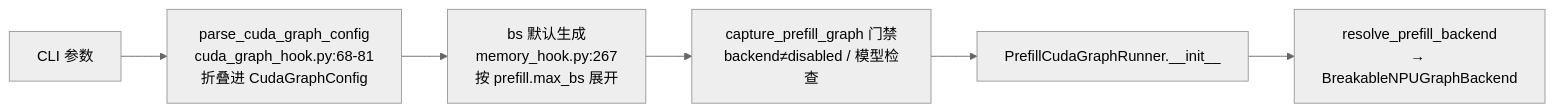
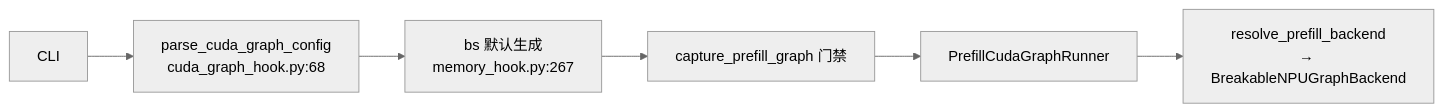
Before and after one commit to kyrotiko/sglang-docs: the seventh of 7 diagrams in FE/BreakableNPUGraphBackend设计方案/breakable_npu_graph_backend_design.md, drawn with Mermaid (neutral theme). The commit also changed other lines of this file, not shown here.

First line of the commit message:
docs: tighten the breakable NPU graph design doc

````diff
--- a/FE/BreakableNPUGraphBackend设计方案/breakable_npu_graph_backend_design.md
+++ b/FE/BreakableNPUGraphBackend设计方案/breakable_npu_graph_backend_design.md
@@ -289,8 +191,8 @@
 ```mermaid
 flowchart LR
-    A["CLI 参数"] --> B["parse_cuda_graph_config<br/>cuda_graph_hook.py:68-81<br/>折叠进 CudaGraphConfig"]
-    B --> C["bs 默认生成<br/>memory_hook.py:267<br/>按 prefill.max_bs 展开"]
-    C --> D["capture_prefill_graph 门禁<br/>backend≠disabled / 模型检查"]
-    D --> E["PrefillCudaGraphRunner.__init__"]
+    A["CLI"] --> B["parse_cuda_graph_config<br/>cuda_graph_hook.py:68"]
+    B --> C["bs 默认生成<br/>memory_hook.py:267"]
+    C --> D["capture_prefill_graph 门禁"]
+    D --> E["PrefillCudaGraphRunner"]
     E --> F["resolve_prefill_backend<br/>→ BreakableNPUGraphBackend"]
 ```
````
